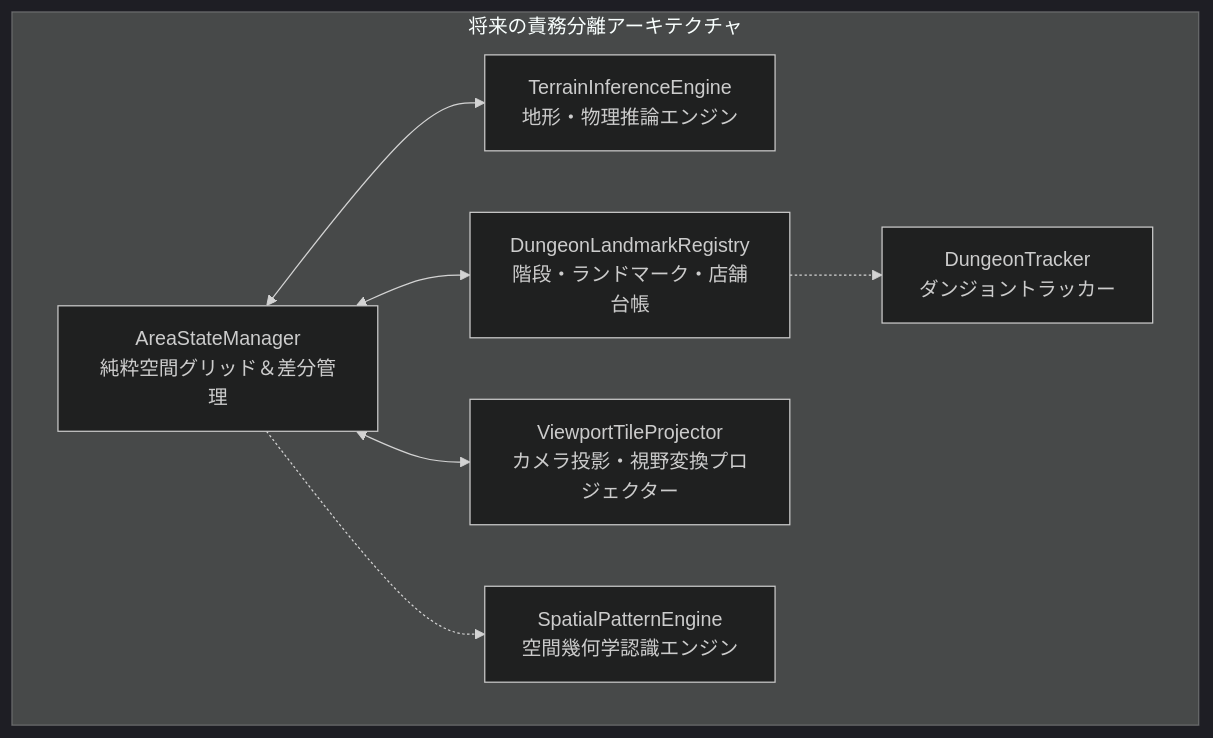
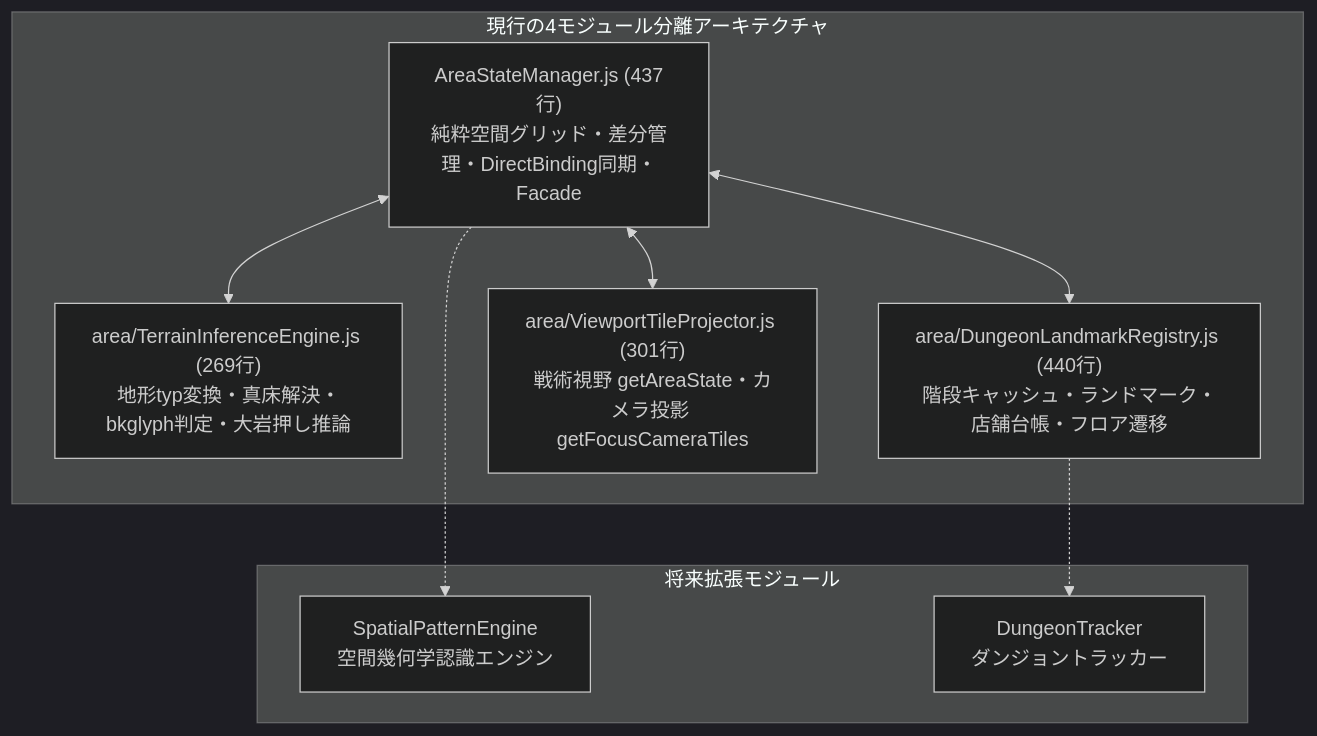
Before and after one commit to e3sh/Nethack-wasm-webUI: the third of 3 diagrams in docs/3_gkl/AreaStateManager_Architecture_and_Specification.ja.md, drawn with Mermaid (dark theme). The commit also changed other lines of this file and 8 other files, not shown here.

````diff
--- a/docs/3_gkl/AreaStateManager_Architecture_and_Specification.ja.md
+++ b/docs/3_gkl/AreaStateManager_Architecture_and_Specification.ja.md
@@ -170,20 +168,22 @@
 ```mermaid
 flowchart TD
-    subgraph TargetDecoupledArchitecture [将来の責務分離アーキテクチャ]
-        ASM_Core[AreaStateManager<br>純粋空間グリッド＆差分管理]
+    subgraph DecoupledArchitecture [現行の4モジュール分離アーキテクチャ]
+        ASM_Core["AreaStateManager.js (437行)<br>純粋空間グリッド・差分管理・DirectBinding同期・Facade"]
         
-        TIE[TerrainInferenceEngine<br>地形・物理推論エンジン]
-        DLR[DungeonLandmarkRegistry<br>階段・ランドマーク・店舗台帳]
-        VTP[ViewportTileProjector<br>カメラ投影・視野変換プロジェクター]
-        
+        TIE["area/TerrainInferenceEngine.js (269行)<br>地形typ変換・真床解決・bkglyph判定・大岩押し推論"]
+        DLR["area/DungeonLandmarkRegistry.js (440行)<br>階段キャッシュ・ランドマーク・店舗台帳・フロア遷移"]
+        VTP["area/ViewportTileProjector.js (301行)<br>戦術視野 getAreaState・カメラ投影 getFocusCameraTiles"]
+    end
+
+    subgraph FutureExtensions [将来拡張モジュール]
         SPE[SpatialPatternEngine<br>空間幾何学認識エンジン]
         DT[DungeonTracker<br>ダンジョントラッカー]
     end
     
     ASM_Core <--> TIE
     ASM_Core <--> DLR
     ASM_Core <--> VTP
     
     ASM_Core -.-> SPE
     DLR -.-> DT
 ```
````
